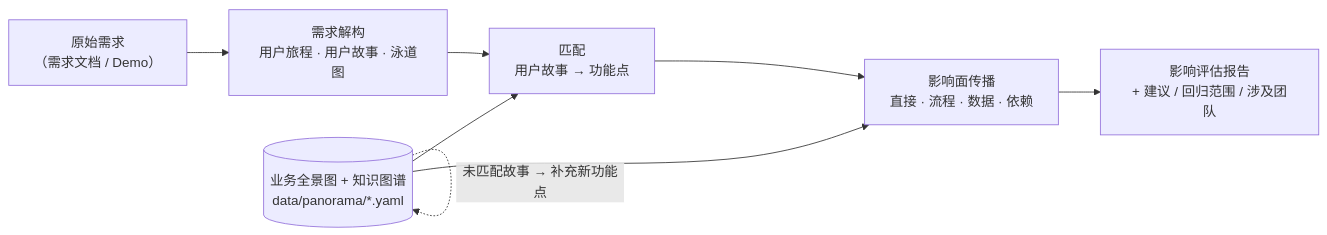
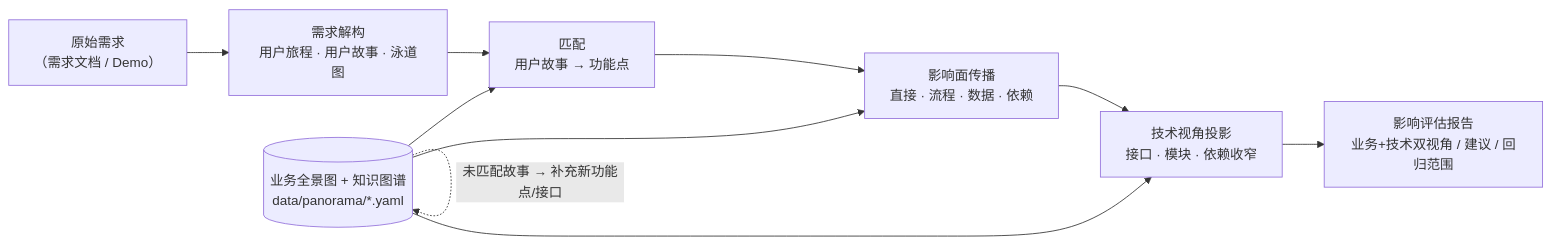
Before and after one commit to webonne/Demand-impact-assessment: the diagram in README.md, drawn with Mermaid. The commit also changed other lines of this file and 12 other files, not shown here.

````diff
--- a/README.md
+++ b/README.md
@@ -5,10 +5,12 @@
 ```mermaid
 flowchart LR
     A["原始需求<br/>（需求文档 / Demo）"] --> B["需求解构<br/>用户旅程 · 用户故事 · 泳道图"]
     B --> C["匹配<br/>用户故事 → 功能点"]
     C --> D["影响面传播<br/>直接 · 流程 · 数据 · 依赖"]
-    D --> E["影响评估报告<br/>+ 建议 / 回归范围 / 涉及团队"]
+    D --> T["技术视角投影<br/>接口 · 模块 · 依赖收窄"]
+    T --> E["影响评估报告<br/>业务+技术双视角 / 建议 / 回归范围"]
     P[("业务全景图 + 知识图谱<br/>data/panorama/*.yaml")] --> C
     P --> D
-    P -. 未匹配故事 → 补充新功能点 .-> P
+    P --> T
+    P -. 未匹配故事 → 补充新功能点/接口 .-> P
 ```
````
